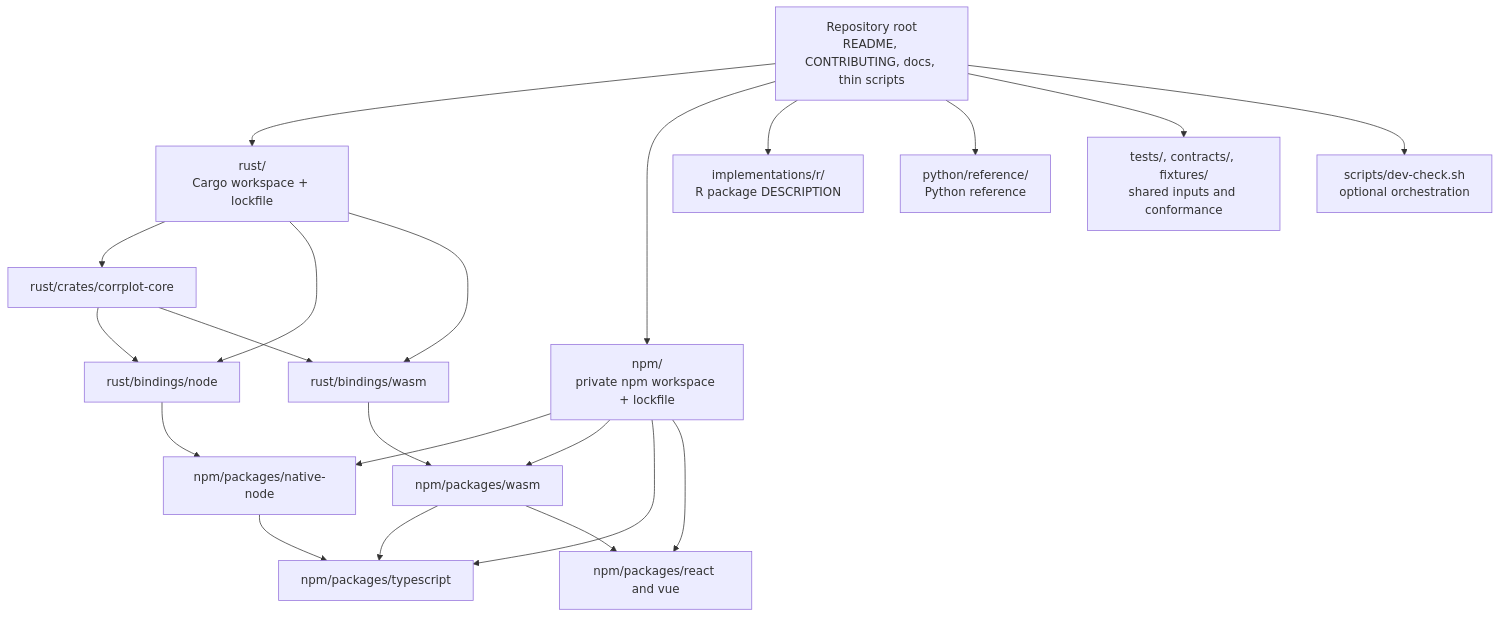
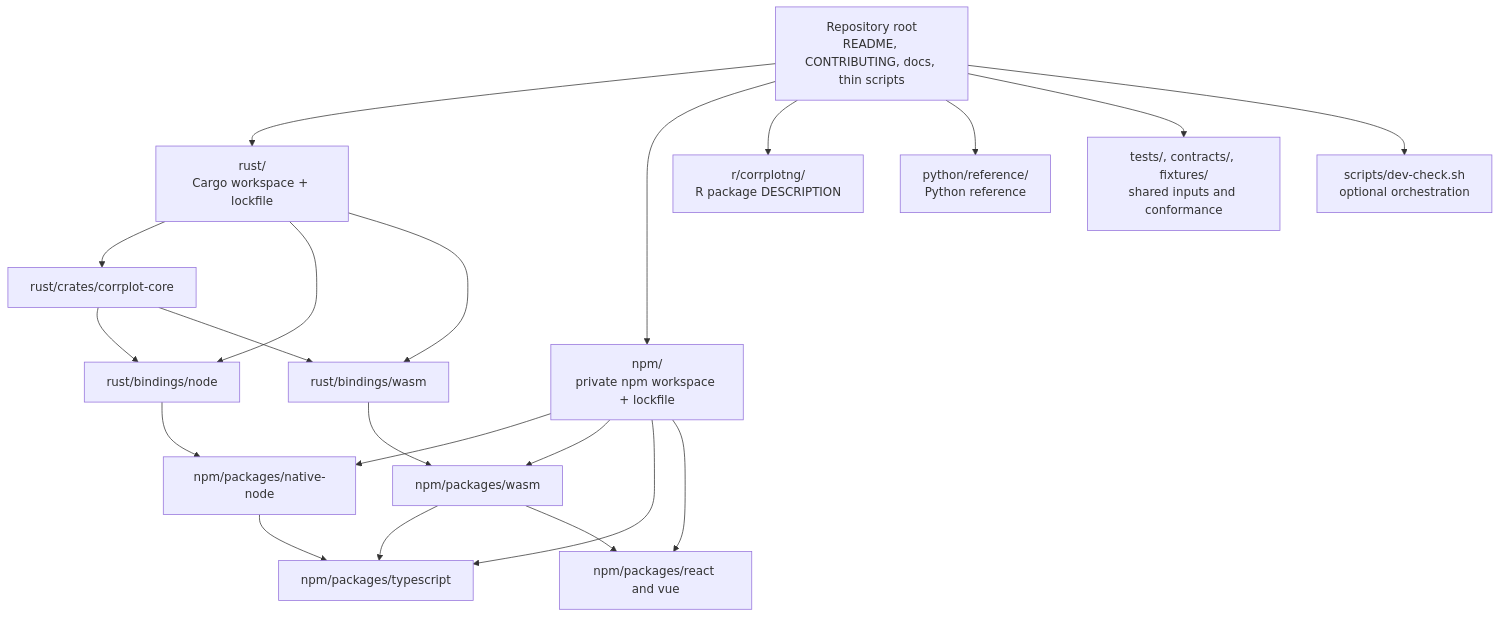
The diagram in docs/development.md (vsimko/corrplot-ng), drawn with Mermaid before and after one commit. The commit also changed other lines of this file, not shown here.

Commit message:
docs: update production R package root

````diff
--- a/docs/development.md
+++ b/docs/development.md
@@ -39,24 +39,24 @@
 ```mermaid
 flowchart TB
     ROOT["Repository root\nREADME, CONTRIBUTING, docs, thin scripts"]
     ROOT --> RUST["rust/\nCargo workspace + lockfile"]
     ROOT --> NPM["npm/\nprivate npm workspace + lockfile"]
-    ROOT --> RPKG["implementations/r/\nR package DESCRIPTION"]
+    ROOT --> RPKG["r/corrplotng/\nR package DESCRIPTION"]
     ROOT --> PY["python/reference/\nPython reference"]
     ROOT --> TESTS["tests/, contracts/, fixtures/\nshared inputs and conformance"]
     ROOT --> ORCH["scripts/dev-check.sh\noptional orchestration"]
     RUST --> CORE["rust/crates/corrplot-core"]
     RUST --> NODE_BINDING["rust/bindings/node"]
     RUST --> WASM_BINDING["rust/bindings/wasm"]
     NPM --> NATIVE_PKG["npm/packages/native-node"]
     NPM --> WASM_PKG["npm/packages/wasm"]
     NPM --> TS_PKG["npm/packages/typescript"]
     NPM --> FRAME_PKG["npm/packages/react and vue"]
     CORE --> NODE_BINDING
     CORE --> WASM_BINDING
     NODE_BINDING --> NATIVE_PKG
     WASM_BINDING --> WASM_PKG
     NATIVE_PKG --> TS_PKG
     WASM_PKG --> TS_PKG
     WASM_PKG --> FRAME_PKG
 ```
````
